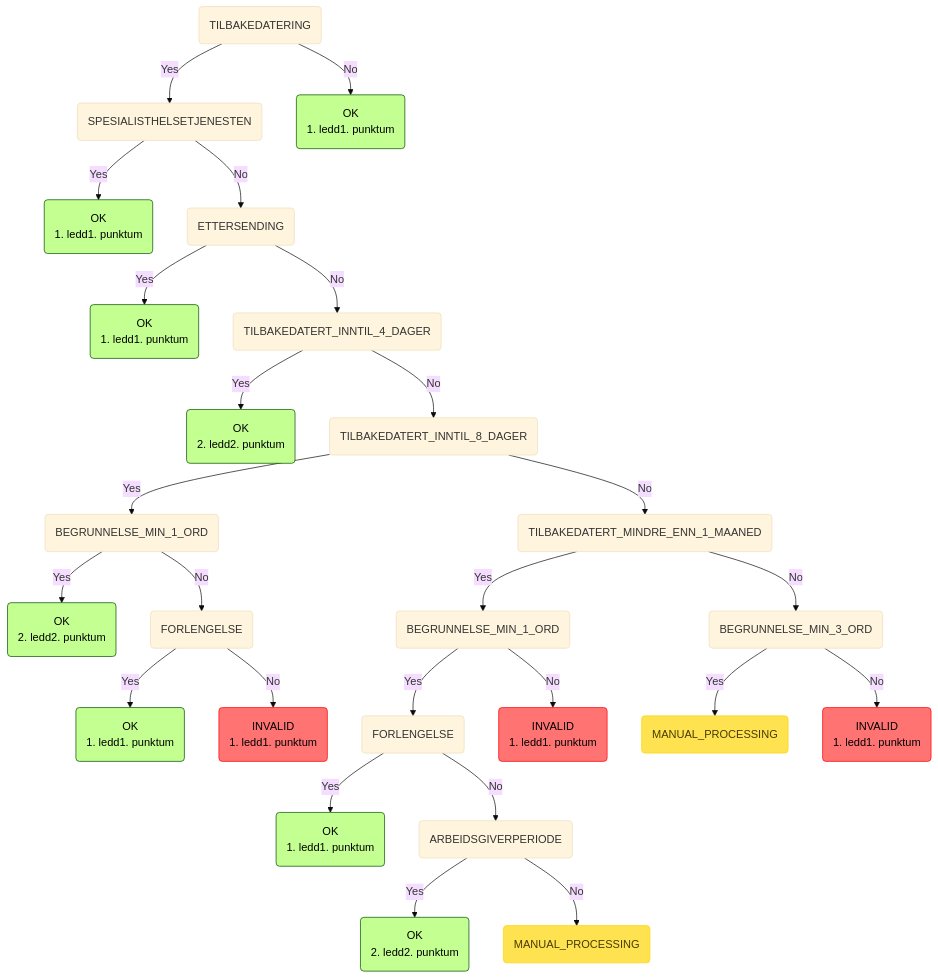
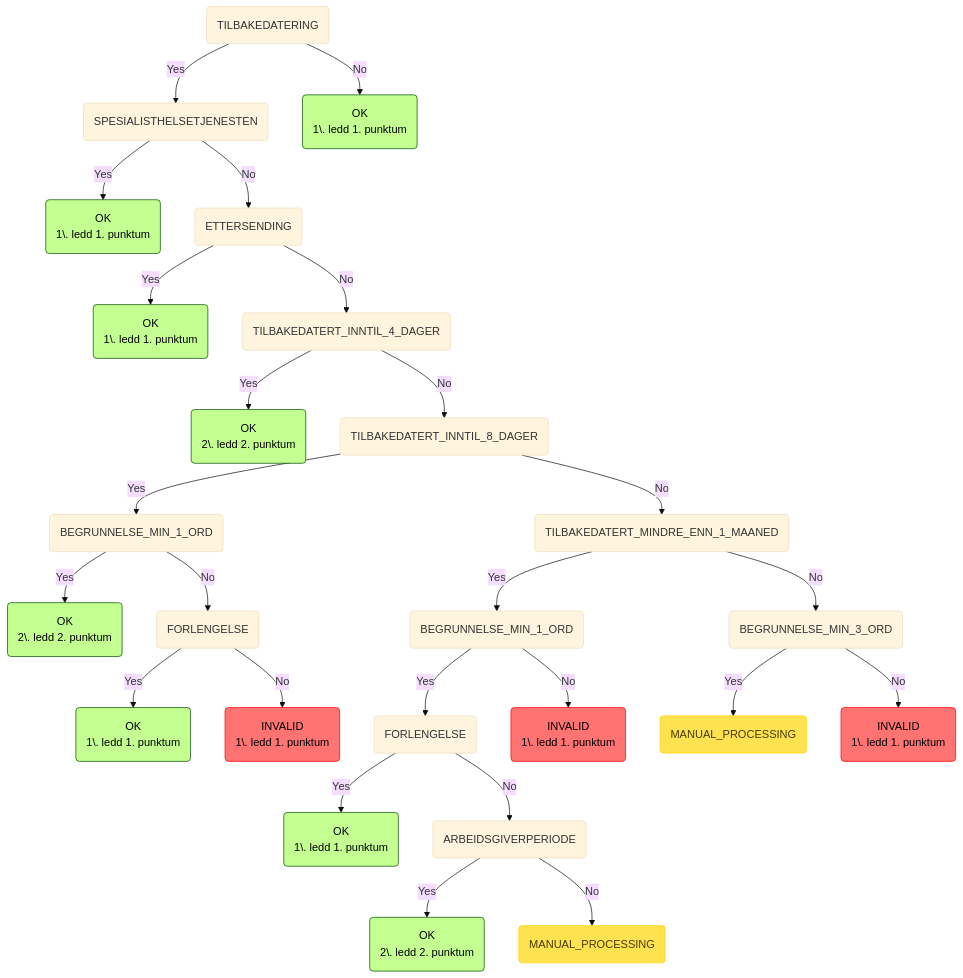
The ninth of 9 diagrams in README.md (navikt/syfosmregler), drawn with Mermaid (base theme) before and after one commit. The commit also changed other lines of this file and 1 other file, not shown here.

````diff
--- a/README.md
+++ b/README.md
@@ -267,30 +287,43 @@
 ```mermaid
 graph TD
     root(TILBAKEDATERING) -->|Yes| root_TILBAKEDATERING_SPESIALISTHELSETJENESTEN(SPESIALISTHELSETJENESTEN)
-    root_TILBAKEDATERING_SPESIALISTHELSETJENESTEN(SPESIALISTHELSETJENESTEN) -->|Yes| root_TILBAKEDATERING_SPESIALISTHELSETJENESTEN_OK(OK\n1. ledd1. punktum):::ok
+    root_TILBAKEDATERING_SPESIALISTHELSETJENESTEN(SPESIALISTHELSETJENESTEN) -->|Yes| root_TILBAKEDATERING_SPESIALISTHELSETJENESTEN_OK(OK
+1\. ledd 1. punktum):::ok
     root_TILBAKEDATERING_SPESIALISTHELSETJENESTEN(SPESIALISTHELSETJENESTEN) -->|No| root_TILBAKEDATERING_SPESIALISTHELSETJENESTEN_ETTERSENDING(ETTERSENDING)
-    root_TILBAKEDATERING_SPESIALISTHELSETJENESTEN_ETTERSENDING(ETTERSENDING) -->|Yes| root_TILBAKEDATERING_SPESIALISTHELSETJENESTEN_ETTERSENDING_OK(OK\n1. ledd1. punktum):::ok
+    root_TILBAKEDATERING_SPESIALISTHELSETJENESTEN_ETTERSENDING(ETTERSENDING) -->|Yes| root_TILBAKEDATERING_SPESIALISTHELSETJENESTEN_ETTERSENDING_OK(OK
+1\. ledd 1. punktum):::ok
     root_TILBAKEDATERING_SPESIALISTHELSETJENESTEN_ETTERSENDING(ETTERSENDING) -->|No| root_TILBAKEDATERING_SPESIALISTHELSETJENESTEN_ETTERSENDING_TILBAKEDATERT_INNTIL_4_DAGER(TILBAKEDATERT_INNTIL_4_DAGER)
-    root_TILBAKEDATERING_SPESIALISTHELSETJENESTEN_ETTERSENDING_TILBAKEDATERT_INNTIL_4_DAGER(TILBAKEDATERT_INNTIL_4_DAGER) -->|Yes| root_TILBAKEDATERING_SPESIALISTHELSETJENESTEN_ETTERSENDING_TILBAKEDATERT_INNTIL_4_DAGER_OK(OK\n2. ledd2. punktum):::ok
+    root_TILBAKEDATERING_SPESIALISTHELSETJENESTEN_ETTERSENDING_TILBAKEDATERT_INNTIL_4_DAGER(TILBAKEDATERT_INNTIL_4_DAGER) -->|Yes| root_TILBAKEDATERING_SPESIALISTHELSETJENESTEN_ETTERSENDING_TILBAKEDATERT_INNTIL_4_DAGER_OK(OK
+2\. ledd 2. punktum):::ok
     root_TILBAKEDATERING_SPESIALISTHELSETJENESTEN_ETTERSENDING_TILBAKEDATERT_INNTIL_4_DAGER(TILBAKEDATERT_INNTIL_4_DAGER) -->|No| root_TILBAKEDATERING_SPESIALISTHELSETJENESTEN_ETTERSENDING_TILBAKEDATERT_INNTIL_4_DAGER_TILBAKEDATERT_INNTIL_8_DAGER(TILBAKEDATERT_INNTIL_8_DAGER)
     root_TILBAKEDATERING_SPESIALISTHELSETJENESTEN_ETTERSENDING_TILBAKEDATERT_INNTIL_4_DAGER_TILBAKEDATERT_INNTIL_8_DAGER(TILBAKEDATERT_INNTIL_8_DAGER) -->|Yes| root_TILBAKEDATERING_SPESIALISTHELSETJENESTEN_ETTERSENDING_TILBAKEDATERT_INNTIL_4_DAGER_TILBAKEDATERT_INNTIL_8_DAGER_BEGRUNNELSE_MIN_1_ORD(BEGRUNNELSE_MIN_1_ORD)
-    root_TILBAKEDATERING_SPESIALISTHELSETJENESTEN_ETTERSENDING_TILBAKEDATERT_INNTIL_4_DAGER_TILBAKEDATERT_INNTIL_8_DAGER_BEGRUNNELSE_MIN_1_ORD(BEGRUNNELSE_MIN_1_ORD) -->|Yes| root_TILBAKEDATERING_SPESIALISTHELSETJENESTEN_ETTERSENDING_TILBAKEDATERT_INNTIL_4_DAGER_TILBAKEDATERT_INNTIL_8_DAGER_BEGRUNNELSE_MIN_1_ORD_OK(OK\n2. ledd2. punktum):::ok
+    root_TILBAKEDATERING_SPESIALISTHELSETJENESTEN_ETTERSENDING_TILBAKEDATERT_INNTIL_4_DAGER_TILBAKEDATERT_INNTIL_8_DAGER_BEGRUNNELSE_MIN_1_ORD(BEGRUNNELSE_MIN_1_ORD) -->|Yes| root_TILBAKEDATERING_SPESIALISTHELSETJENESTEN_ETTERSENDING_TILBAKEDATERT_INNTIL_4_DAGER_TILBAKEDATERT_INNTIL_8_DAGER_BEGRUNNELSE_MIN_1_ORD_OK(OK
+2\. ledd 2. punktum):::ok
     root_TILBAKEDATERING_SPESIALISTHELSETJENESTEN_ETTERSENDING_TILBAKEDATERT_INNTIL_4_DAGER_TILBAKEDATERT_INNTIL_8_DAGER_BEGRUNNELSE_MIN_1_ORD(BEGRUNNELSE_MIN_1_ORD) -->|No| root_TILBAKEDATERING_SPESIALISTHELSETJENESTEN_ETTERSENDING_TILBAKEDATERT_INNTIL_4_DAGER_TILBAKEDATERT_INNTIL_8_DAGER_BEGRUNNELSE_MIN_1_ORD_FORLENGELSE(FORLENGELSE)
-    root_TILBAKEDATERING_SPESIALISTHELSETJENESTEN_ETTERSENDING_TILBAKEDATERT_INNTIL_4_DAGER_TILBAKEDATERT_INNTIL_8_DAGER_BEGRUNNELSE_MIN_1_ORD_FORLENGELSE(FORLENGELSE) -->|Yes| root_TILBAKEDATERING_SPESIALISTHELSETJENESTEN_ETTERSENDING_TILBAKEDATERT_INNTIL_4_DAGER_TILBAKEDATERT_INNTIL_8_DAGER_BEGRUNNELSE_MIN_1_ORD_FORLENGELSE_OK(OK\n1. ledd1. punktum):::ok
-    root_TILBAKEDATERING_SPESIALISTHELSETJENESTEN_ETTERSENDING_TILBAKEDATERT_INNTIL_4_DAGER_TILBAKEDATERT_INNTIL_8_DAGER_BEGRUNNELSE_MIN_1_ORD_FORLENGELSE(FORLENGELSE) -->|No| root_TILBAKEDATERING_SPESIALISTHELSETJENESTEN_ETTERSENDING_TILBAKEDATERT_INNTIL_4_DAGER_TILBAKEDATERT_INNTIL_8_DAGER_BEGRUNNELSE_MIN_1_ORD_FORLENGELSE_INVALID(INVALID\n1. ledd1. punktum):::invalid
+    root_TILBAKEDATERING_SPESIALISTHELSETJENESTEN_ETTERSENDING_TILBAKEDATERT_INNTIL_4_DAGER_TILBAKEDATERT_INNTIL_8_DAGER_BEGRUNNELSE_MIN_1_ORD_FORLENGELSE(FORLENGELSE) -->|Yes| root_TILBAKEDATERING_SPESIALISTHELSETJENESTEN_ETTERSENDING_TILBAKEDATERT_INNTIL_4_DAGER_TILBAKEDATERT_INNTIL_8_DAGER_BEGRUNNELSE_MIN_1_ORD_FORLENGELSE_OK(OK
+1\. ledd 1. punktum):::ok
+    root_TILBAKEDATERING_SPESIALISTHELSETJENESTEN_ETTERSENDING_TILBAKEDATERT_INNTIL_4_DAGER_TILBAKEDATERT_INNTIL_8_DAGER_BEGRUNNELSE_MIN_1_ORD_FORLENGELSE(FORLENGELSE) -->|No| root_TILBAKEDATERING_SPESIALISTHELSETJENESTEN_ETTERSENDING_TILBAKEDATERT_INNTIL_4_DAGER_TILBAKEDATERT_INNTIL_8_DAGER_BEGRUNNELSE_MIN_1_ORD_FORLENGELSE_INVALID(INVALID
+1\. ledd 1. punktum):::invalid
     root_TILBAKEDATERING_SPESIALISTHELSETJENESTEN_ETTERSENDING_TILBAKEDATERT_INNTIL_4_DAGER_TILBAKEDATERT_INNTIL_8_DAGER(TILBAKEDATERT_INNTIL_8_DAGER) -->|No| root_TILBAKEDATERING_SPESIALISTHELSETJENESTEN_ETTERSENDING_TILBAKEDATERT_INNTIL_4_DAGER_TILBAKEDATERT_INNTIL_8_DAGER_TILBAKEDATERT_MINDRE_ENN_1_MAANED(TILBAKEDATERT_MINDRE_ENN_1_MAANED)
     root_TILBAKEDATERING_SPESIALISTHELSETJENESTEN_ETTERSENDING_TILBAKEDATERT_INNTIL_4_DAGER_TILBAKEDATERT_INNTIL_8_DAGER_TILBAKEDATERT_MINDRE_ENN_1_MAANED(TILBAKEDATERT_MINDRE_ENN_1_MAANED) -->|Yes| root_TILBAKEDATERING_SPESIALISTHELSETJENESTEN_ETTERSENDING_TILBAKEDATERT_INNTIL_4_DAGER_TILBAKEDATERT_INNTIL_8_DAGER_TILBAKEDATERT_MINDRE_ENN_1_MAANED_BEGRUNNELSE_MIN_1_ORD(BEGRUNNELSE_MIN_1_ORD)
     root_TILBAKEDATERING_SPESIALISTHELSETJENESTEN_ETTERSENDING_TILBAKEDATERT_INNTIL_4_DAGER_TILBAKEDATERT_INNTIL_8_DAGER_TILBAKEDATERT_MINDRE_ENN_1_MAANED_BEGRUNNELSE_MIN_1_ORD(BEGRUNNELSE_MIN_1_ORD) -->|Yes| root_TILBAKEDATERING_SPESIALISTHELSETJENESTEN_ETTERSENDING_TILBAKEDATERT_INNTIL_4_DAGER_TILBAKEDATERT_INNTIL_8_DAGER_TILBAKEDATERT_MINDRE_ENN_1_MAANED_BEGRUNNELSE_MIN_1_ORD_FORLENGELSE(FORLENGELSE)
-    root_TILBAKEDATERING_SPESIALISTHELSETJENESTEN_ETTERSENDING_TILBAKEDATERT_INNTIL_4_DAGER_TILBAKEDATERT_INNTIL_8_DAGER_TILBAKEDATERT_MINDRE_ENN_1_MAANED_BEGRUNNELSE_MIN_1_ORD_FORLENGELSE(FORLENGELSE) -->|Yes| root_TILBAKEDATERING_SPESIALISTHELSETJENESTEN_ETTERSENDING_TILBAKEDATERT_INNTIL_4_DAGER_TILBAKEDATERT_INNTIL_8_DAGER_TILBAKEDATERT_MINDRE_ENN_1_MAANED_BEGRUNNELSE_MIN_1_ORD_FORLENGELSE_OK(OK\n1. ledd1. punktum):::ok
+    root_TILBAKEDATERING_SPESIALISTHELSETJENESTEN_ETTERSENDING_TILBAKEDATERT_INNTIL_4_DAGER_TILBAKEDATERT_INNTIL_8_DAGER_TILBAKEDATERT_MINDRE_ENN_1_MAANED_BEGRUNNELSE_MIN_1_ORD_FORLENGELSE(FORLENGELSE) -->|Yes| root_TILBAKEDATERING_SPESIALISTHELSETJENESTEN_ETTERSENDING_TILBAKEDATERT_INNTIL_4_DAGER_TILBAKEDATERT_INNTIL_8_DAGER_TILBAKEDATERT_MINDRE_ENN_1_MAANED_BEGRUNNELSE_MIN_1_ORD_FORLENGELSE_OK(OK
+1\. ledd 1. punktum):::ok
     root_TILBAKEDATERING_SPESIALISTHELSETJENESTEN_ETTERSENDING_TILBAKEDATERT_INNTIL_4_DAGER_TILBAKEDATERT_INNTIL_8_DAGER_TILBAKEDATERT_MINDRE_ENN_1_MAANED_BEGRUNNELSE_MIN_1_ORD_FORLENGELSE(FORLENGELSE) -->|No| root_TILBAKEDATERING_SPESIALISTHELSETJENESTEN_ETTERSENDING_TILBAKEDATERT_INNTIL_4_DAGER_TILBAKEDATERT_INNTIL_8_DAGER_TILBAKEDATERT_MINDRE_ENN_1_MAANED_BEGRUNNELSE_MIN_1_ORD_FORLENGELSE_ARBEIDSGIVERPERIODE(ARBEIDSGIVERPERIODE)
-    root_TILBAKEDATERING_SPESIALISTHELSETJENESTEN_ETTERSENDING_TILBAKEDATERT_INNTIL_4_DAGER_TILBAKEDATERT_INNTIL_8_DAGER_TILBAKEDATERT_MINDRE_ENN_1_MAANED_BEGRUNNELSE_MIN_1_ORD_FORLENGELSE_ARBEIDSGIVERPERIODE(ARBEIDSGIVERPERIODE) -->|Yes| root_TILBAKEDATERING_SPESIALISTHELSETJENESTEN_ETTERSENDING_TILBAKEDATERT_INNTIL_4_DAGER_TILBAKEDATERT_INNTIL_8_DAGER_TILBAKEDATERT_MINDRE_ENN_1_MAANED_BEGRUNNELSE_MIN_1_ORD_FORLENGELSE_ARBEIDSGIVERPERIODE_OK(OK\n2. ledd2. punktum):::ok
-    root_TILBAKEDATERING_SPESIALISTHELSETJENESTEN_ETTERSENDING_TILBAKEDATERT_INNTIL_4_DAGER_TILBAKEDATERT_INNTIL_8_DAGER_TILBAKEDATERT_MINDRE_ENN_1_MAANED_BEGRUNNELSE_MIN_1_ORD_FORLENGELSE_ARBEIDSGIVERPERIODE(ARBEIDSGIVERPERIODE) -->|No| root_TILBAKEDATERING_SPESIALISTHELSETJENESTEN_ETTERSENDING_TILBAKEDATERT_INNTIL_4_DAGER_TILBAKEDATERT_INNTIL_8_DAGER_TILBAKEDATERT_MINDRE_ENN_1_MAANED_BEGRUNNELSE_MIN_1_ORD_FORLENGELSE_ARBEIDSGIVERPERIODE_MANUAL_PROCESSING(MANUAL_PROCESSING\n):::manuell
-    root_TILBAKEDATERING_SPESIALISTHELSETJENESTEN_ETTERSENDING_TILBAKEDATERT_INNTIL_4_DAGER_TILBAKEDATERT_INNTIL_8_DAGER_TILBAKEDATERT_MINDRE_ENN_1_MAANED_BEGRUNNELSE_MIN_1_ORD(BEGRUNNELSE_MIN_1_ORD) -->|No| root_TILBAKEDATERING_SPESIALISTHELSETJENESTEN_ETTERSENDING_TILBAKEDATERT_INNTIL_4_DAGER_TILBAKEDATERT_INNTIL_8_DAGER_TILBAKEDATERT_MINDRE_ENN_1_MAANED_BEGRUNNELSE_MIN_1_ORD_INVALID(INVALID\n1. ledd1. punktum):::invalid
+    root_TILBAKEDATERING_SPESIALISTHELSETJENESTEN_ETTERSENDING_TILBAKEDATERT_INNTIL_4_DAGER_TILBAKEDATERT_INNTIL_8_DAGER_TILBAKEDATERT_MINDRE_ENN_1_MAANED_BEGRUNNELSE_MIN_1_ORD_FORLENGELSE_ARBEIDSGIVERPERIODE(ARBEIDSGIVERPERIODE) -->|Yes| root_TILBAKEDATERING_SPESIALISTHELSETJENESTEN_ETTERSENDING_TILBAKEDATERT_INNTIL_4_DAGER_TILBAKEDATERT_INNTIL_8_DAGER_TILBAKEDATERT_MINDRE_ENN_1_MAANED_BEGRUNNELSE_MIN_1_ORD_FORLENGELSE_ARBEIDSGIVERPERIODE_OK(OK
+2\. ledd 2. punktum):::ok
+    root_TILBAKEDATERING_SPESIALISTHELSETJENESTEN_ETTERSENDING_TILBAKEDATERT_INNTIL_4_DAGER_TILBAKEDATERT_INNTIL_8_DAGER_TILBAKEDATERT_MINDRE_ENN_1_MAANED_BEGRUNNELSE_MIN_1_ORD_FORLENGELSE_ARBEIDSGIVERPERIODE(ARBEIDSGIVERPERIODE) -->|No| root_TILBAKEDATERING_SPESIALISTHELSETJENESTEN_ETTERSENDING_TILBAKEDATERT_INNTIL_4_DAGER_TILBAKEDATERT_INNTIL_8_DAGER_TILBAKEDATERT_MINDRE_ENN_1_MAANED_BEGRUNNELSE_MIN_1_ORD_FORLENGELSE_ARBEIDSGIVERPERIODE_MANUAL_PROCESSING(MANUAL_PROCESSING
+):::manuell
+    root_TILBAKEDATERING_SPESIALISTHELSETJENESTEN_ETTERSENDING_TILBAKEDATERT_INNTIL_4_DAGER_TILBAKEDATERT_INNTIL_8_DAGER_TILBAKEDATERT_MINDRE_ENN_1_MAANED_BEGRUNNELSE_MIN_1_ORD(BEGRUNNELSE_MIN_1_ORD) -->|No| root_TILBAKEDATERING_SPESIALISTHELSETJENESTEN_ETTERSENDING_TILBAKEDATERT_INNTIL_4_DAGER_TILBAKEDATERT_INNTIL_8_DAGER_TILBAKEDATERT_MINDRE_ENN_1_MAANED_BEGRUNNELSE_MIN_1_ORD_INVALID(INVALID
+1\. ledd 1. punktum):::invalid
     root_TILBAKEDATERING_SPESIALISTHELSETJENESTEN_ETTERSENDING_TILBAKEDATERT_INNTIL_4_DAGER_TILBAKEDATERT_INNTIL_8_DAGER_TILBAKEDATERT_MINDRE_ENN_1_MAANED(TILBAKEDATERT_MINDRE_ENN_1_MAANED) -->|No| root_TILBAKEDATERING_SPESIALISTHELSETJENESTEN_ETTERSENDING_TILBAKEDATERT_INNTIL_4_DAGER_TILBAKEDATERT_INNTIL_8_DAGER_TILBAKEDATERT_MINDRE_ENN_1_MAANED_BEGRUNNELSE_MIN_3_ORD(BEGRUNNELSE_MIN_3_ORD)
-    root_TILBAKEDATERING_SPESIALISTHELSETJENESTEN_ETTERSENDING_TILBAKEDATERT_INNTIL_4_DAGER_TILBAKEDATERT_INNTIL_8_DAGER_TILBAKEDATERT_MINDRE_ENN_1_MAANED_BEGRUNNELSE_MIN_3_ORD(BEGRUNNELSE_MIN_3_ORD) -->|Yes| root_TILBAKEDATERING_SPESIALISTHELSETJENESTEN_ETTERSENDING_TILBAKEDATERT_INNTIL_4_DAGER_TILBAKEDATERT_INNTIL_8_DAGER_TILBAKEDATERT_MINDRE_ENN_1_MAANED_BEGRUNNELSE_MIN_3_ORD_MANUAL_PROCESSING(MANUAL_PROCESSING\n):::manuell
-    root_TILBAKEDATERING_SPESIALISTHELSETJENESTEN_ETTERSENDING_TILBAKEDATERT_INNTIL_4_DAGER_TILBAKEDATERT_INNTIL_8_DAGER_TILBAKEDATERT_MINDRE_ENN_1_MAANED_BEGRUNNELSE_MIN_3_ORD(BEGRUNNELSE_MIN_3_ORD) -->|No| root_TILBAKEDATERING_SPESIALISTHELSETJENESTEN_ETTERSENDING_TILBAKEDATERT_INNTIL_4_DAGER_TILBAKEDATERT_INNTIL_8_DAGER_TILBAKEDATERT_MINDRE_ENN_1_MAANED_BEGRUNNELSE_MIN_3_ORD_INVALID(INVALID\n1. ledd1. punktum):::invalid
-    root(TILBAKEDATERING) -->|No| root_TILBAKEDATERING_OK(OK\n1. ledd1. punktum):::ok
+    root_TILBAKEDATERING_SPESIALISTHELSETJENESTEN_ETTERSENDING_TILBAKEDATERT_INNTIL_4_DAGER_TILBAKEDATERT_INNTIL_8_DAGER_TILBAKEDATERT_MINDRE_ENN_1_MAANED_BEGRUNNELSE_MIN_3_ORD(BEGRUNNELSE_MIN_3_ORD) -->|Yes| root_TILBAKEDATERING_SPESIALISTHELSETJENESTEN_ETTERSENDING_TILBAKEDATERT_INNTIL_4_DAGER_TILBAKEDATERT_INNTIL_8_DAGER_TILBAKEDATERT_MINDRE_ENN_1_MAANED_BEGRUNNELSE_MIN_3_ORD_MANUAL_PROCESSING(MANUAL_PROCESSING
+):::manuell
+    root_TILBAKEDATERING_SPESIALISTHELSETJENESTEN_ETTERSENDING_TILBAKEDATERT_INNTIL_4_DAGER_TILBAKEDATERT_INNTIL_8_DAGER_TILBAKEDATERT_MINDRE_ENN_1_MAANED_BEGRUNNELSE_MIN_3_ORD(BEGRUNNELSE_MIN_3_ORD) -->|No| root_TILBAKEDATERING_SPESIALISTHELSETJENESTEN_ETTERSENDING_TILBAKEDATERT_INNTIL_4_DAGER_TILBAKEDATERT_INNTIL_8_DAGER_TILBAKEDATERT_MINDRE_ENN_1_MAANED_BEGRUNNELSE_MIN_3_ORD_INVALID(INVALID
+1\. ledd 1. punktum):::invalid
+    root(TILBAKEDATERING) -->|No| root_TILBAKEDATERING_OK(OK
+1\. ledd 1. punktum):::ok
     classDef ok fill:#c3ff91,stroke:#004a00,color: black;
     classDef invalid fill:#ff7373,stroke:#ff0000,color: black;
     classDef manuell fill:#ffe24f,stroke:#ffd500,color: #473c00;
 ```
````
